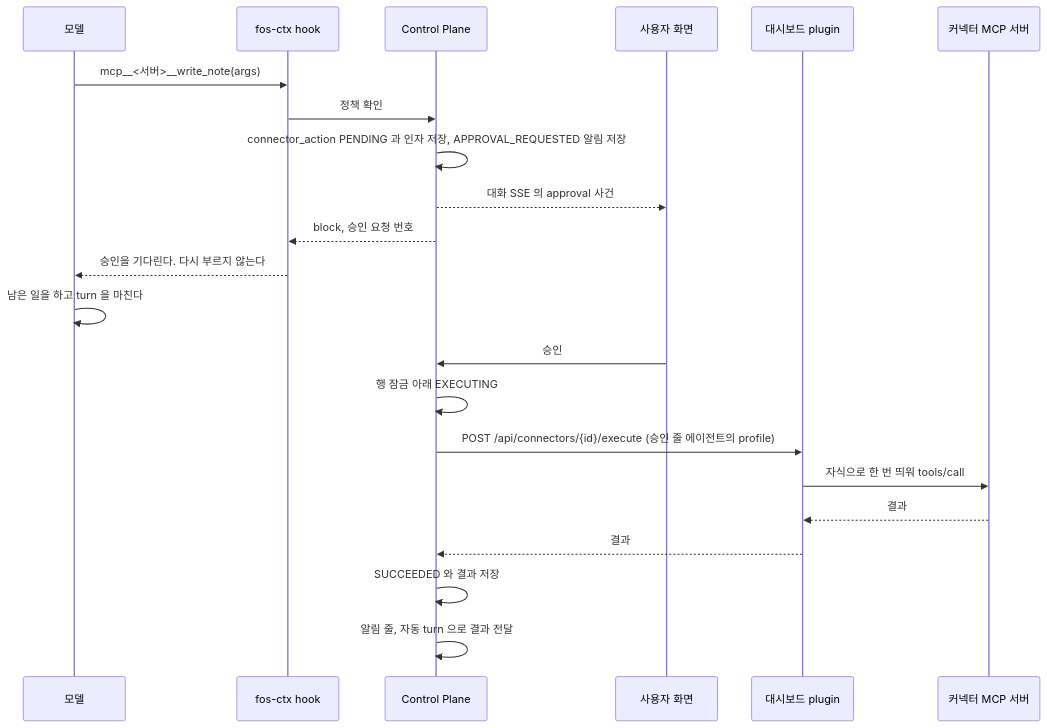
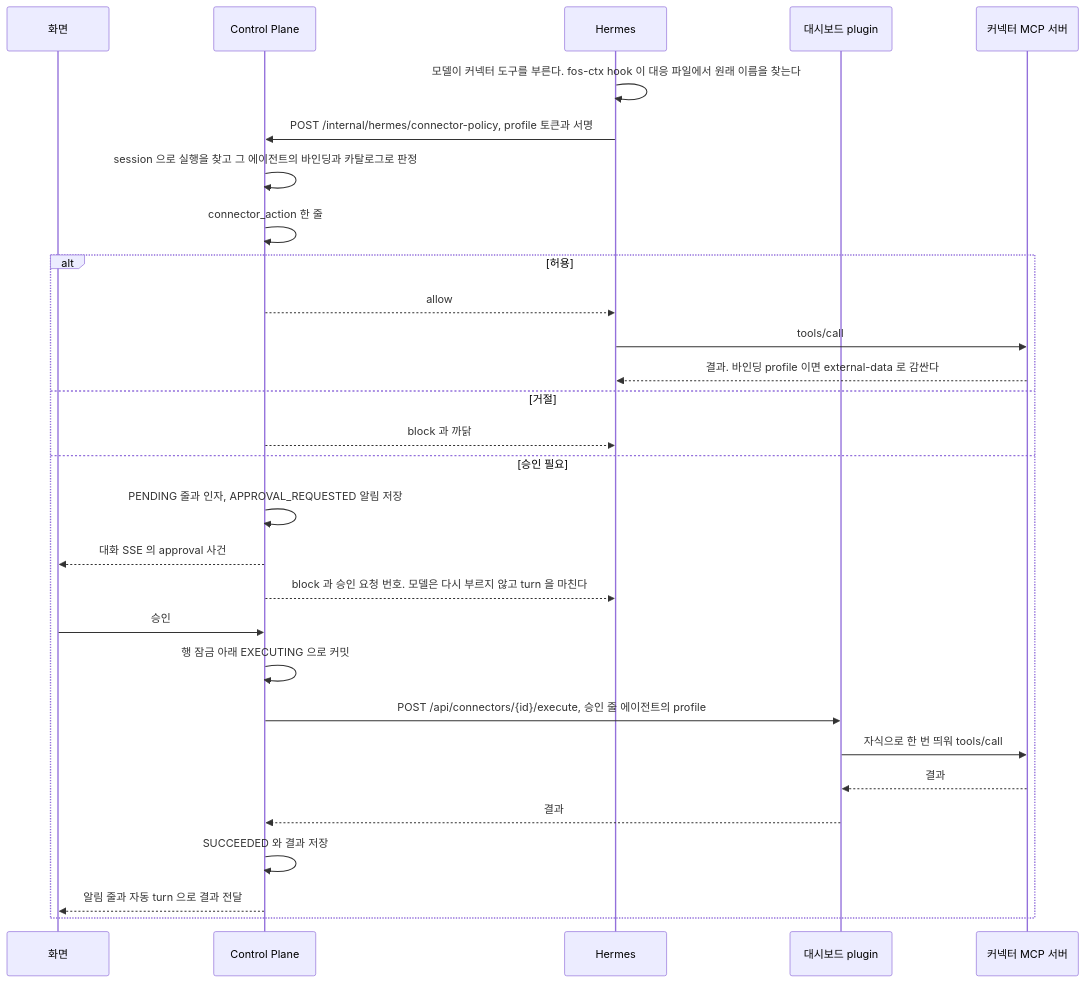
One commit to jon890/fos-assistant changed the diagram in docs/features/connector-policy.md. Above: the diagram before and after it, drawn with Mermaid. The commit also changed other lines of this file and 1 other file, not shown here.

First line of the commit message:
docs(docs): 커넥터 연결과 커넥터 정책 문서를 요구와 흐름, 갈리는 지점으로 줄인다

````diff
--- a/docs/features/connector-policy.md
+++ b/docs/features/connector-policy.md
@@ -478,25 +46,32 @@
 ```mermaid
 sequenceDiagram
-    participant M as 모델
-    participant H as fos-ctx hook
+    participant W as 화면
     participant C as Control Plane
-    participant U as 사용자 화면
+    participant H as Hermes
     participant D as 대시보드 plugin
     participant S as 커넥터 MCP 서버
 
-    M->>H: mcp__<서버>__write_note(args)
-    H->>C: 정책 확인
-    C->>C: connector_action PENDING 과 인자 저장, APPROVAL_REQUESTED 알림 저장
-    C-->>U: 대화 SSE 의 approval 사건
-    C-->>H: block, 승인 요청 번호
-    H-->>M: 승인을 기다린다. 다시 부르지 않는다
-    M->>M: 남은 일을 하고 turn 을 마친다
-    U->>C: 승인
-    C->>C: 행 잠금 아래 EXECUTING
-    C->>D: POST /api/connectors/{id}/execute (승인 줄 에이전트의 profile)
-    D->>S: 자식으로 한 번 띄워 tools/call
-    S-->>D: 결과
-    D-->>C: 결과
-    C->>C: SUCCEEDED 와 결과 저장
-    C->>C: 알림 줄, 자동 turn 으로 결과 전달
+    H->>H: 모델이 커넥터 도구를 부른다. fos-ctx hook 이 대응 파일에서 원래 이름을 찾는다
+    H->>C: POST /internal/hermes/connector-policy, profile 토큰과 서명
+    C->>C: session 으로 실행을 찾고 그 에이전트의 바인딩과 카탈로그로 판정
+    C->>C: connector_action 한 줄
+    alt 허용
+        C-->>H: allow
+        H->>S: tools/call
+        S-->>H: 결과. 바인딩 profile 이면 external-data 로 감싼다
+    else 거절
+        C-->>H: block 과 까닭
+    else 승인 필요
+        C->>C: PENDING 줄과 인자, APPROVAL_REQUESTED 알림 저장
+        C-->>W: 대화 SSE 의 approval 사건
+        C-->>H: block 과 승인 요청 번호. 모델은 다시 부르지 않고 turn 을 마친다
+        W->>C: 승인
+        C->>C: 행 잠금 아래 EXECUTING 으로 커밋
+        C->>D: POST /api/connectors/{id}/execute, 승인 줄 에이전트의 profile
+        D->>S: 자식으로 한 번 띄워 tools/call
+        S-->>D: 결과
+        D-->>C: 결과
+        C->>C: SUCCEEDED 와 결과 저장
+        C-->>W: 알림 줄과 자동 turn 으로 결과 전달
+    end
 ```
````
